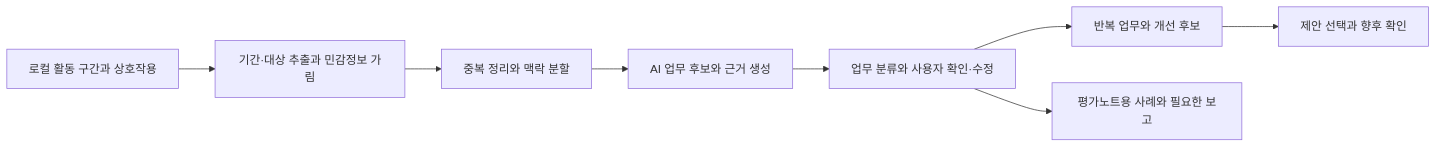
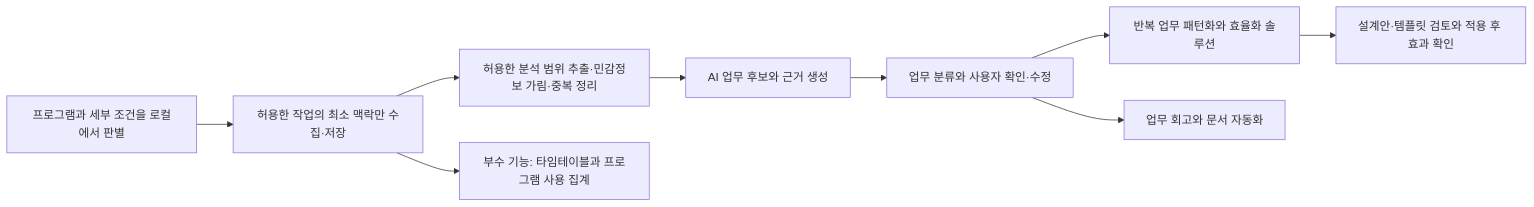
Before and after one commit to Wookshin/AX-hackaton: the diagram in AX-hackathon-implementation-notes.md, drawn with Mermaid. The commit also changed other lines of this file and 7 other files, not shown here.

````diff
--- a/AX-hackathon-implementation-notes.md
+++ b/AX-hackathon-implementation-notes.md
@@ -50,10 +58,11 @@
 ```mermaid
 flowchart LR
-  A[로컬 활동 구간과 상호작용] --> B[기간·대상 추출과 민감정보 가림]
-  B --> C[중복 정리와 맥락 분할]
+  A[프로그램과 세부 조건을 로컬에서 판별] --> B[허용한 작업의 최소 맥락만 수집·저장]
+  B --> C[허용한 분석 범위 추출·민감정보 가림·중복 정리]
   C --> D[AI 업무 후보와 근거 생성]
   D --> E[업무 분류와 사용자 확인·수정]
-  E --> F[반복 업무와 개선 후보]
-  E --> G[평가노트용 사례와 필요한 보고]
-  F --> H[제안 선택과 향후 확인]
+  E --> F[반복 업무 패턴화와 효율화 솔루션]
+  E --> G[업무 회고와 문서 자동화]
+  F --> H[설계안·템플릿 검토와 적용 후 효과 확인]
+  B --> I[부수 기능: 타임테이블과 프로그램 사용 집계]
 ```
````
